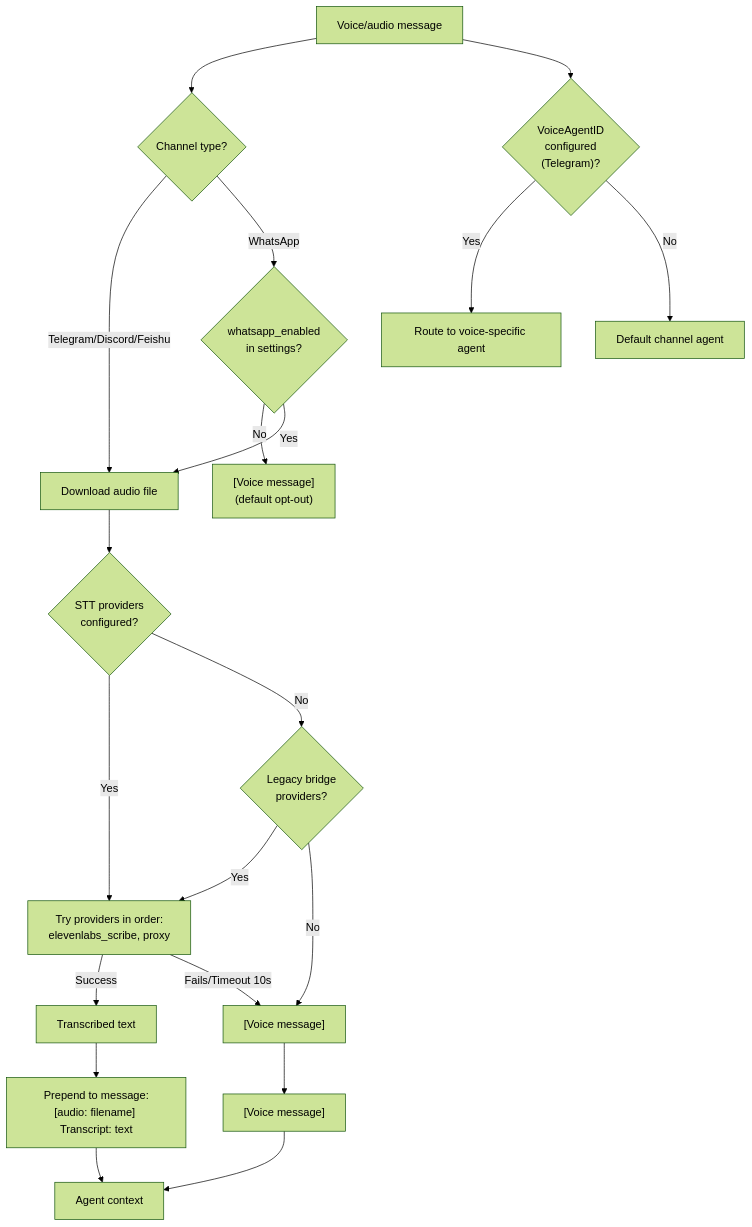
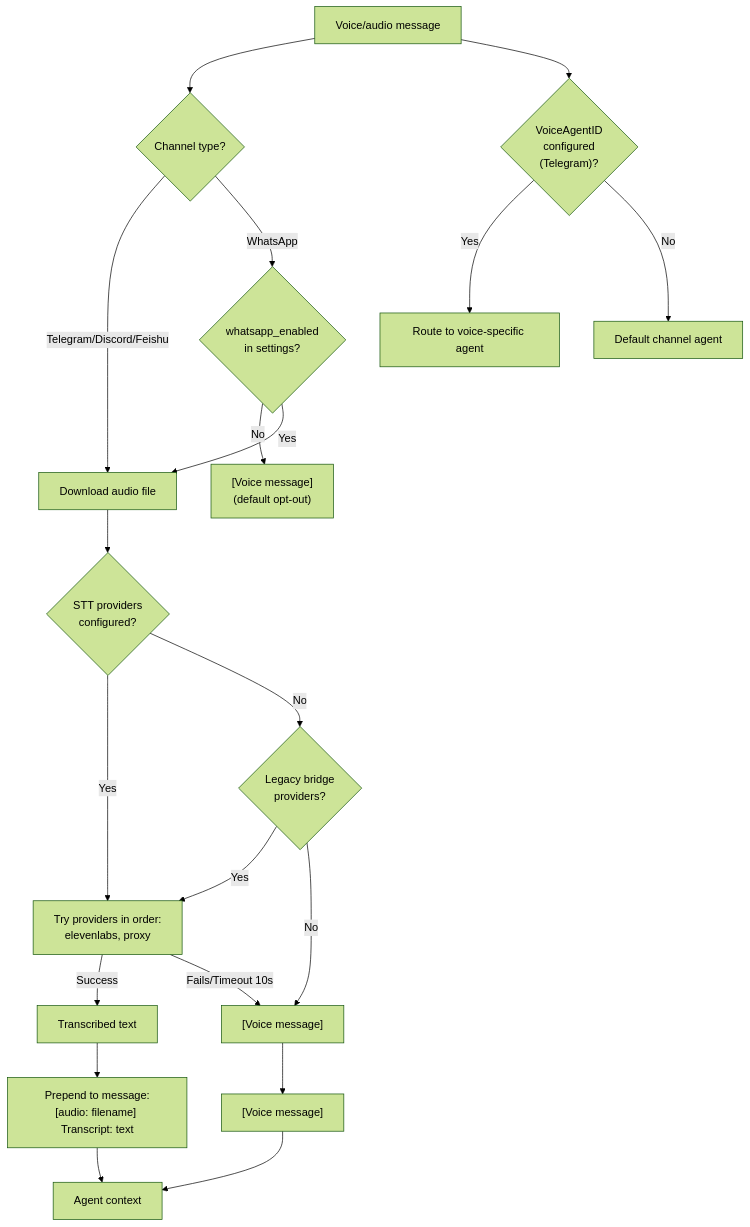
One commit to qkhalk/goclaw changed the sixth of 10 diagrams in docs/05-channels-messaging.md. Above: the diagram before and after it, drawn with Mermaid (forest theme). The commit also changed other lines of this file and 12 other files, not shown here.

````diff
--- a/docs/05-channels-messaging.md
+++ b/docs/05-channels-messaging.md
@@ -279,30 +279,30 @@
 ```mermaid
 flowchart TD
     VOICE["Voice/audio message"] --> ROUTE{Channel type?}
     
     ROUTE -->|Telegram/Discord/Feishu| DOWNLOAD["Download audio file"]
     ROUTE -->|WhatsApp| WHATSAPP_CHECK{"whatsapp_enabled<br/>in settings?"}
     
     WHATSAPP_CHECK -->|No| WA_FALLBACK["[Voice message]<br/>(default opt-out)"]
     WHATSAPP_CHECK -->|Yes| DOWNLOAD
     
     DOWNLOAD --> STT_CHECK{"STT providers<br/>configured?"}
-    STT_CHECK -->|Yes| STT_CHAIN["Try providers in order:<br/>elevenlabs_scribe, proxy"]
+    STT_CHECK -->|Yes| STT_CHAIN["Try providers in order:<br/>elevenlabs, proxy"]
     STT_CHECK -->|No| LEGACY{"Legacy bridge<br/>providers?"}
     
     LEGACY -->|Yes| STT_CHAIN
     LEGACY -->|No| FALLBACK["[Voice message]"]
     
     STT_CHAIN -->|Success| TEXT["Transcribed text"]
     STT_CHAIN -->|Fails/Timeout 10s| FALLBACK
     
     TEXT --> INJECT["Prepend to message:<br/>[audio: filename] Transcript: text"]
     FALLBACK --> FALLBACK_INJECT["[Voice message]"]
     
     INJECT --> AGENT["Agent context"]
     FALLBACK_INJECT --> AGENT
     
     VOICE --> ROUTING{"VoiceAgentID<br/>configured<br/>(Telegram)?"}
     ROUTING -->|Yes| VOICE_AGENT["Route to voice-specific agent"]
     ROUTING -->|No| DEFAULT_AGENT["Default channel agent"]
 ```
````
